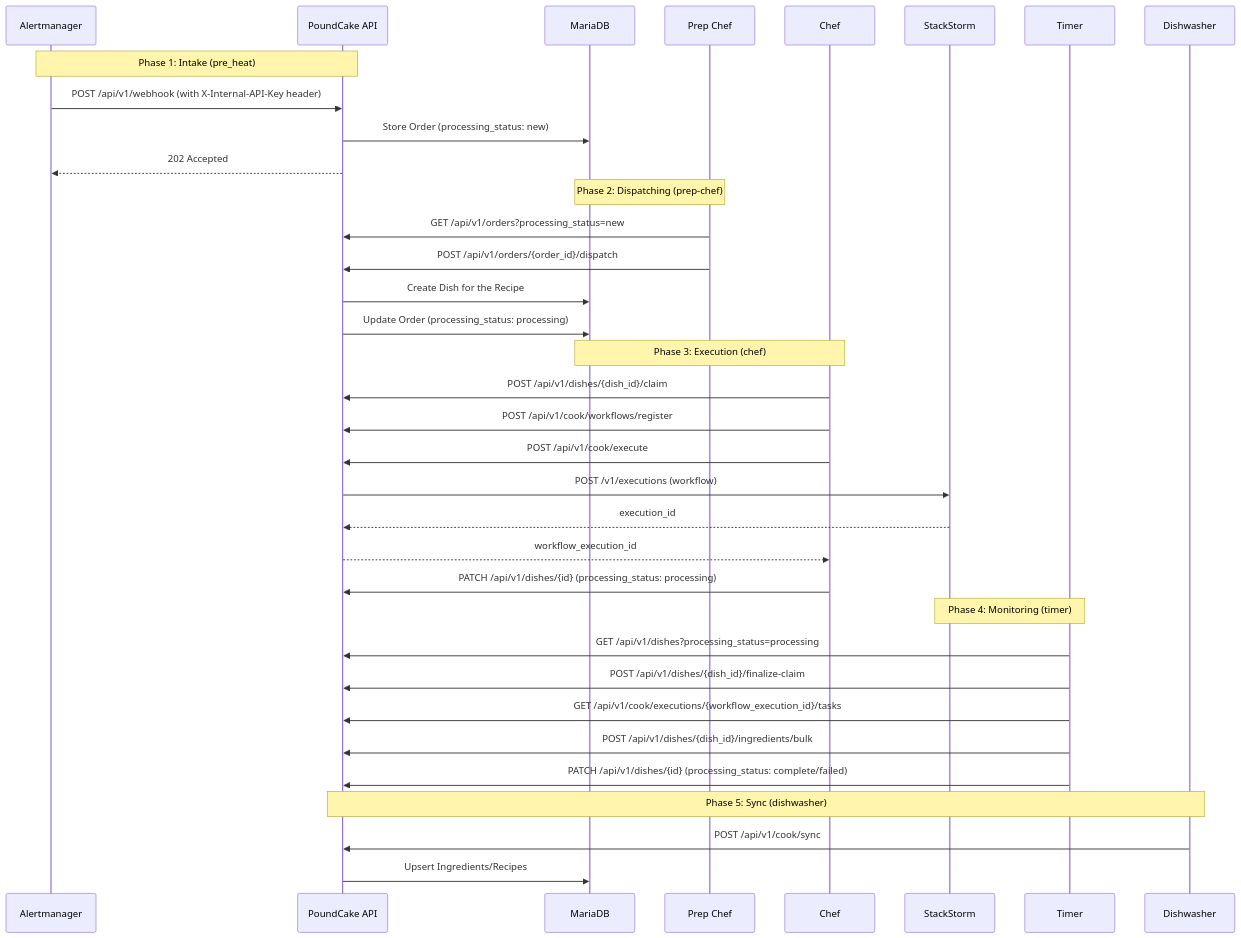
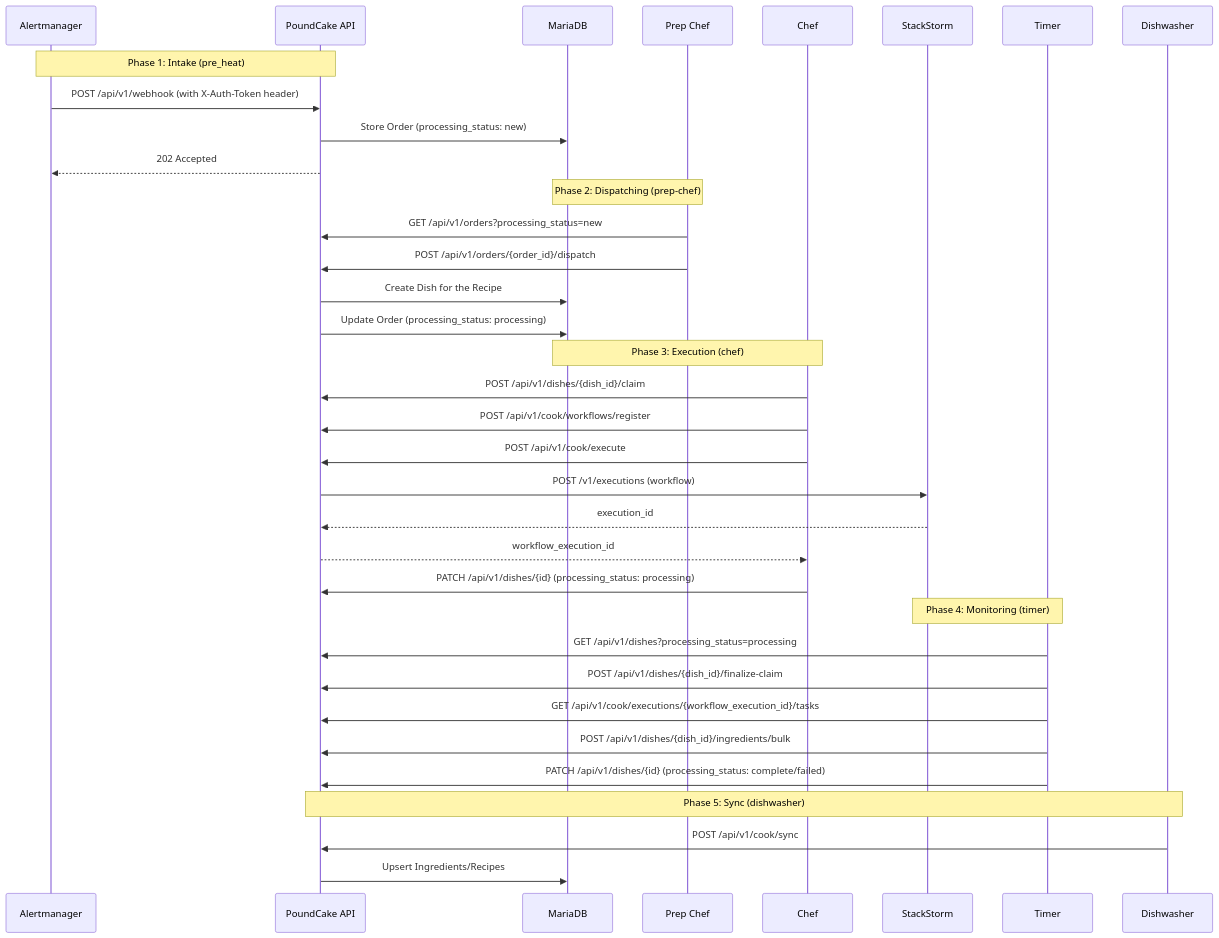
The first of 7 diagrams in README.md (rackerlabs/poundcake), drawn with Mermaid before and after one commit. The commit also changed other lines of this file and 31 other files, not shown here.

````diff
--- a/README.md
+++ b/README.md
@@ -11,42 +11,42 @@
 ```mermaid
 sequenceDiagram
     participant AM as Alertmanager
     participant API as PoundCake API
     participant DB as MariaDB
     participant PC as Prep Chef
     participant C as Chef
     participant ST2 as StackStorm
     participant T as Timer
     participant DW as Dishwasher
 
     Note over AM, API: Phase 1: Intake (pre_heat)
-    AM->>API: POST /api/v1/webhook (with X-Internal-API-Key header)
+    AM->>API: POST /api/v1/webhook (with X-Auth-Token header)
     API->>DB: Store Order (processing_status: new)
     API-->>AM: 202 Accepted
 
     Note over DB, PC: Phase 2: Dispatching (prep-chef)
     PC->>API: GET /api/v1/orders?processing_status=new
     PC->>API: POST /api/v1/orders/{order_id}/dispatch
     API->>DB: Create Dish for the Recipe
     API->>DB: Update Order (processing_status: processing)
 
     Note over DB, C: Phase 3: Execution (chef)
     C->>API: POST /api/v1/dishes/{dish_id}/claim
     C->>API: POST /api/v1/cook/workflows/register
     C->>API: POST /api/v1/cook/execute
     API->>ST2: POST /v1/executions (workflow)
     ST2-->>API: execution_id
     API-->>C: workflow_execution_id
     C->>API: PATCH /api/v1/dishes/{id} (processing_status: processing)
 
     Note over ST2, T: Phase 4: Monitoring (timer)
     T->>API: GET /api/v1/dishes?processing_status=processing
     T->>API: POST /api/v1/dishes/{dish_id}/finalize-claim
     T->>API: GET /api/v1/cook/executions/{workflow_execution_id}/tasks
     T->>API: POST /api/v1/dishes/{dish_id}/ingredients/bulk
     T->>API: PATCH /api/v1/dishes/{id} (processing_status: complete/failed)
 
     Note over API, DW: Phase 5: Sync (dishwasher)
     DW->>API: POST /api/v1/cook/sync
     API->>DB: Upsert Ingredients/Recipes
 ```
````
